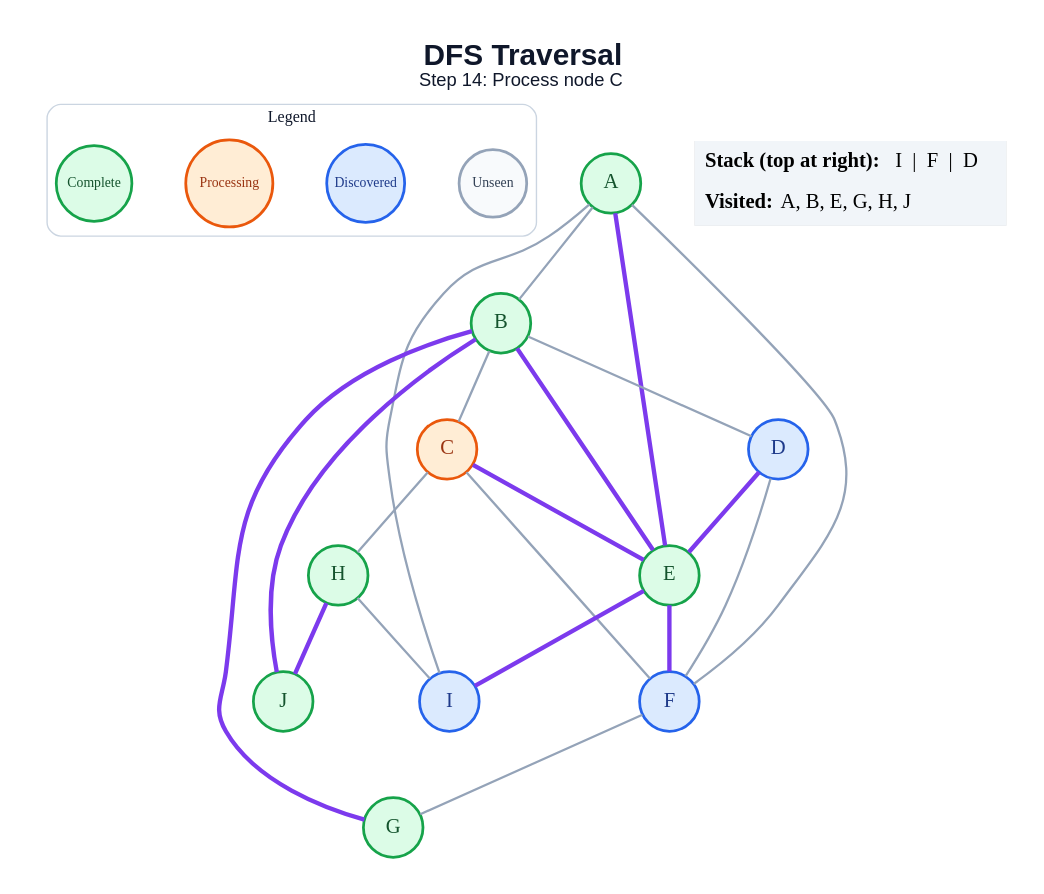
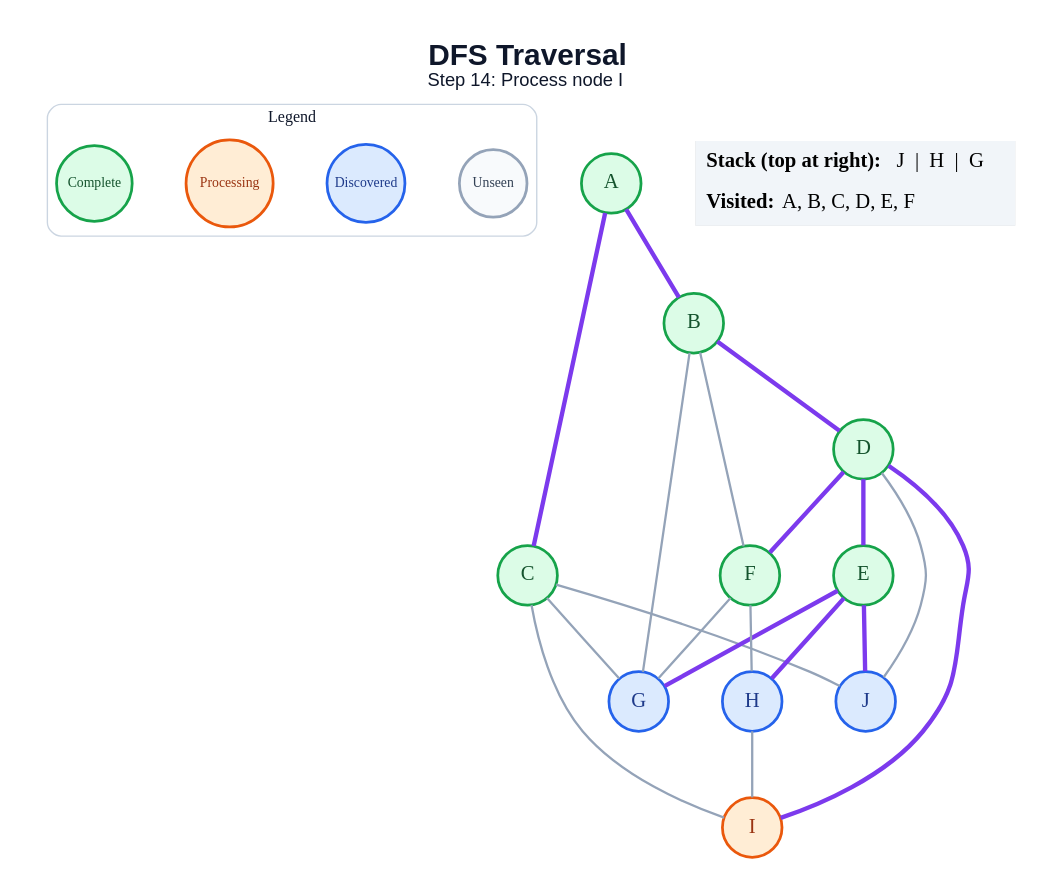
The diagram in generated/specific-node/dfs/step_14.dot (amanghodawala9/ai-slop), drawn with Graphviz before and after one commit. The commit also changed 178 other files, not shown here.

```diff
--- a/generated/specific-node/dfs/step_14.dot
+++ b/generated/specific-node/dfs/step_14.dot
@@ -1,48 +1,47 @@
 graph traversal {
   graph [layout=dot, rankdir=TB, bgcolor="#FFFFFF", pad="0.35", nodesep="0.65", ranksep="0.8", fontname="Arial"];
   node [shape=circle, style="filled", fontname="Arial Bold", fontsize=18, width=0.72, fixedsize=true, penwidth=2.4];
   edge [color="#94A3B8", penwidth=2.0];
-  label=<<B>DFS Traversal</B><BR/><FONT POINT-SIZE="16">Step 14: Process node C</FONT>>; labelloc="t"; fontsize=26; fontname="Arial"; fontcolor="#0F172A";
+  label=<<B>DFS Traversal</B><BR/><FONT POINT-SIZE="16">Step 14: Process node I</FONT>>; labelloc="t"; fontsize=26; fontname="Arial"; fontcolor="#0F172A";
   subgraph cluster_legend { label="Legend"; color="#CBD5E1"; penwidth=1.2; style="rounded"; fontsize=14; fontname="Arial Bold";
     key_unseen [label="Unseen", fillcolor="#F8FAFC", color="#94A3B8", fontcolor="#334155", fontsize=12, width=0.82];
     key_frontier [label="Discovered", fillcolor="#DBEAFE", color="#2563EB", fontcolor="#1E3A8A", fontsize=12, width=0.95];
     key_current [label="Processing", fillcolor="#FFEDD5", color="#EA580C", fontcolor="#9A3412", fontsize=12, width=1.05];
     key_done [label="Complete", fillcolor="#DCFCE7", color="#16A34A", fontcolor="#14532D", fontsize=12, width=0.92];
     { rank=same; key_unseen; key_frontier; key_current; key_done; }
   }
   A [fillcolor="#DCFCE7", color="#16A34A", fontcolor="#14532D"];
   B [fillcolor="#DCFCE7", color="#16A34A", fontcolor="#14532D"];
-  C [fillcolor="#FFEDD5", color="#EA580C", fontcolor="#9A3412"];
-  D [fillcolor="#DBEAFE", color="#2563EB", fontcolor="#1E3A8A"];
+  C [fillcolor="#DCFCE7", color="#16A34A", fontcolor="#14532D"];
+  D [fillcolor="#DCFCE7", color="#16A34A", fontcolor="#14532D"];
   E [fillcolor="#DCFCE7", color="#16A34A", fontcolor="#14532D"];
-  F [fillcolor="#DBEAFE", color="#2563EB", fontcolor="#1E3A8A"];
-  G [fillcolor="#DCFCE7", color="#16A34A", fontcolor="#14532D"];
-  H [fillcolor="#DCFCE7", color="#16A34A", fontcolor="#14532D"];
-  I [fillcolor="#DBEAFE", color="#2563EB", fontcolor="#1E3A8A"];
-  J [fillcolor="#DCFCE7", color="#16A34A", fontcolor="#14532D"];
-  A -- B;
-  A -- E [color="#7C3AED", penwidth=3.8];
-  A -- F;
-  A -- I;
-  B -- C;
-  B -- D;
-  B -- E [color="#7C3AED", penwidth=3.8];
-  B -- G [color="#7C3AED", penwidth=3.8];
-  B -- J [color="#7C3AED", penwidth=3.8];
-  C -- E [color="#7C3AED", penwidth=3.8];
-  C -- F;
-  C -- H;
+  F [fillcolor="#DCFCE7", color="#16A34A", fontcolor="#14532D"];
+  G [fillcolor="#DBEAFE", color="#2563EB", fontcolor="#1E3A8A"];
+  H [fillcolor="#DBEAFE", color="#2563EB", fontcolor="#1E3A8A"];
+  I [fillcolor="#FFEDD5", color="#EA580C", fontcolor="#9A3412"];
+  J [fillcolor="#DBEAFE", color="#2563EB", fontcolor="#1E3A8A"];
+  A -- B [color="#7C3AED", penwidth=3.8];
+  A -- C [color="#7C3AED", penwidth=3.8];
+  B -- D [color="#7C3AED", penwidth=3.8];
+  B -- F;
+  B -- G;
+  C -- G;
+  C -- I;
+  C -- J;
   D -- E [color="#7C3AED", penwidth=3.8];
-  D -- F;
-  E -- F [color="#7C3AED", penwidth=3.8];
-  E -- I [color="#7C3AED", penwidth=3.8];
+  D -- F [color="#7C3AED", penwidth=3.8];
+  D -- I [color="#7C3AED", penwidth=3.8];
+  D -- J;
+  E -- G [color="#7C3AED", penwidth=3.8];
+  E -- H [color="#7C3AED", penwidth=3.8];
+  E -- J [color="#7C3AED", penwidth=3.8];
   F -- G;
+  F -- H;
   H -- I;
-  H -- J [color="#7C3AED", penwidth=3.8];
   status [shape=plain, fixedsize=false, width=0, height=0, margin=0, label=<
     <TABLE BORDER="0" CELLBORDER="0" CELLPADDING="7" BGCOLOR="#F1F5F9">
-      <TR><TD ALIGN="LEFT"><B>Stack (top at right):</B> I  |  F  |  D</TD></TR>
-      <TR><TD ALIGN="LEFT"><B>Visited:</B> A, B, E, G, H, J</TD></TR>
+      <TR><TD ALIGN="LEFT"><B>Stack (top at right):</B> J  |  H  |  G</TD></TR>
+      <TR><TD ALIGN="LEFT"><B>Visited:</B> A, B, C, D, E, F</TD></TR>
     </TABLE>
   >];
 }
```
